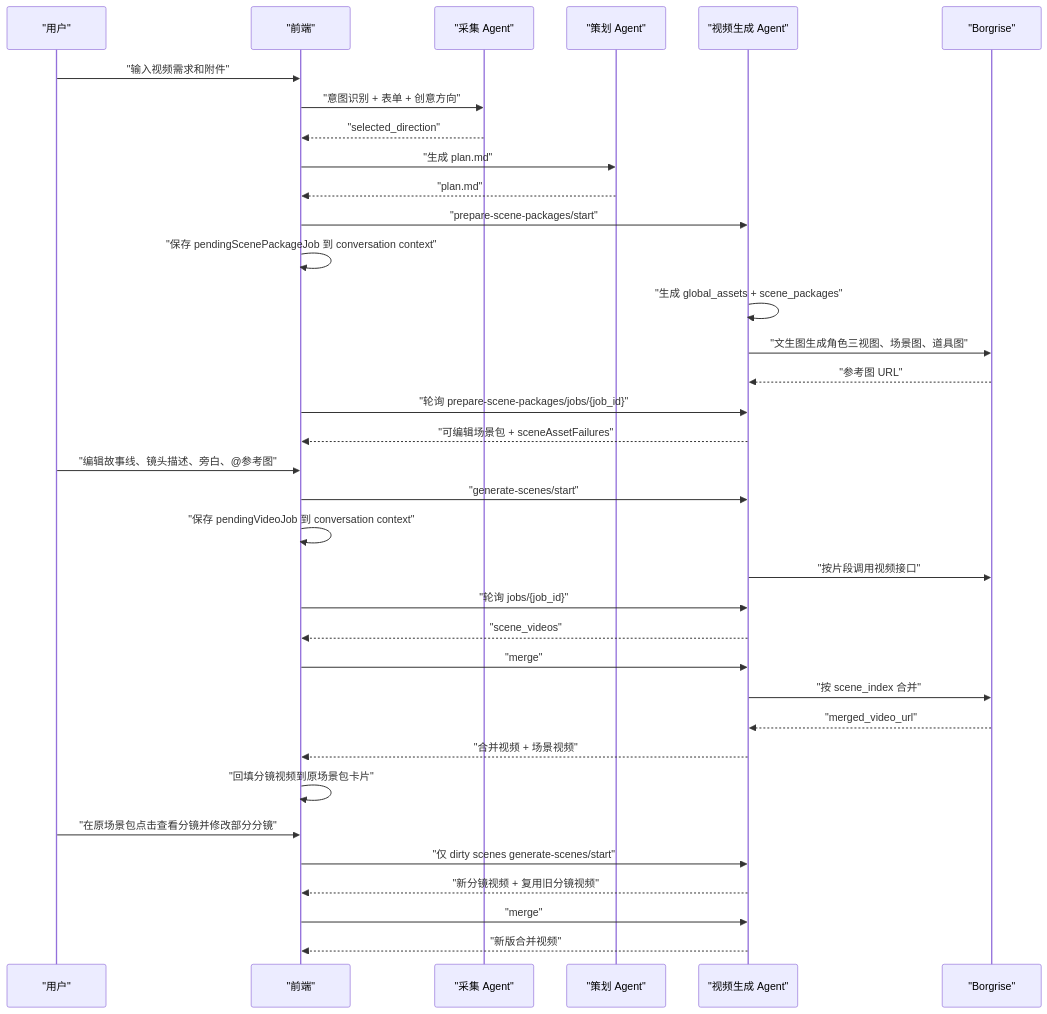
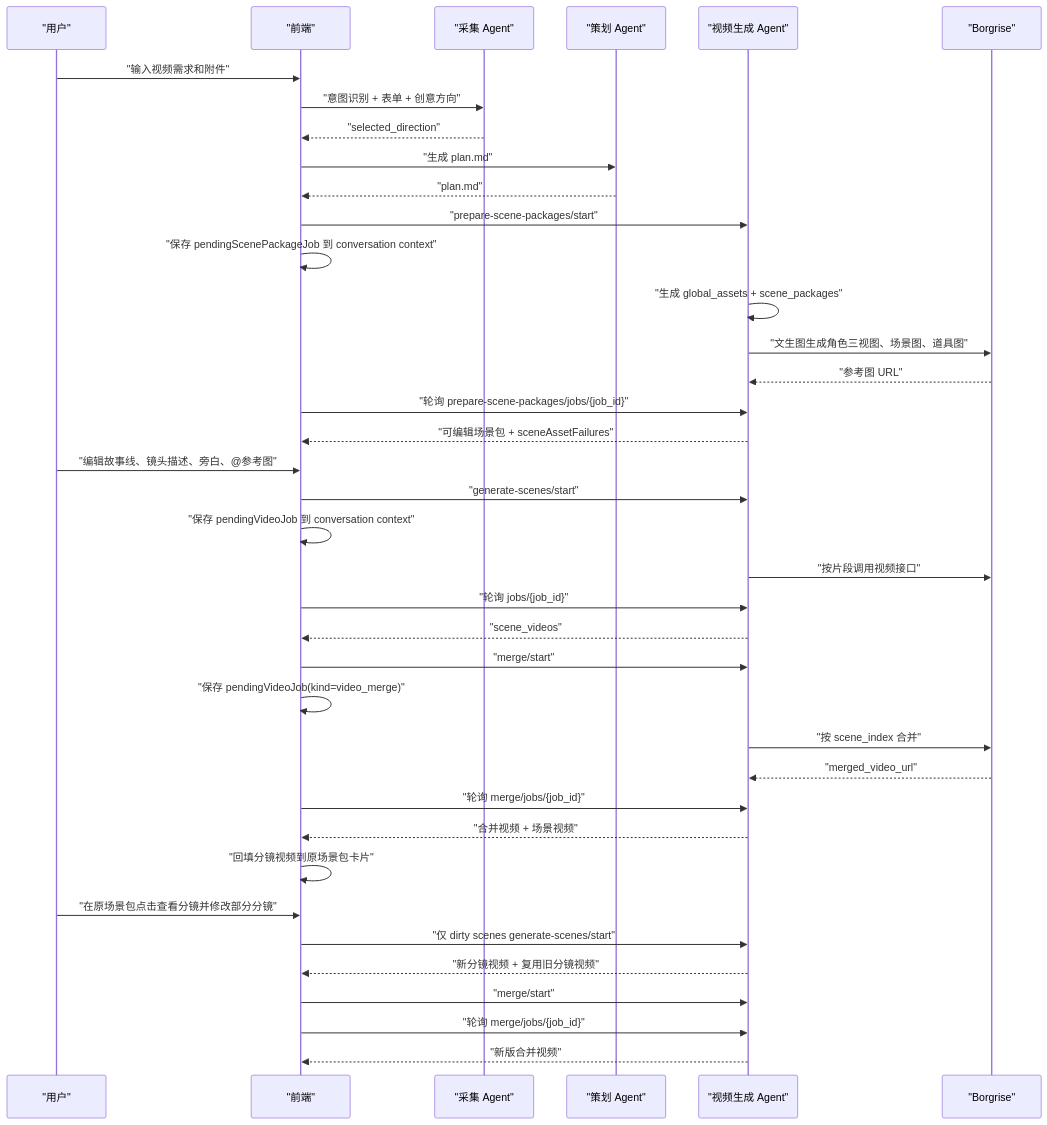
One commit to joyslxd/pixelflow changed the sixth of 7 diagrams in docs/pixelflow-agent-skill-flow-latest-design.md. Above: the diagram before and after it, drawn with Mermaid. The commit also changed other lines of this file and 15 other files, not shown here.

````diff
--- a/docs/pixelflow-agent-skill-flow-latest-design.md
+++ b/docs/pixelflow-agent-skill-flow-latest-design.md
@@ -454,37 +454,40 @@
 ```mermaid
 sequenceDiagram
   participant U as "用户"
   participant FE as "前端"
   participant IA as "采集 Agent"
   participant PA as "策划 Agent"
   participant VA as "视频生成 Agent"
   participant BG as "Borgrise"
   U->>FE: "输入视频需求和附件"
   FE->>IA: "意图识别 + 表单 + 创意方向"
   IA-->>FE: "selected_direction"
   FE->>PA: "生成 plan.md"
   PA-->>FE: "plan.md"
   FE->>VA: "prepare-scene-packages/start"
   FE->>FE: "保存 pendingScenePackageJob 到 conversation context"
   VA->>VA: "生成 global_assets + scene_packages"
   VA->>BG: "文生图生成角色三视图、场景图、道具图"
   BG-->>VA: "参考图 URL"
   FE->>VA: "轮询 prepare-scene-packages/jobs/{job_id}"
   VA-->>FE: "可编辑场景包 + sceneAssetFailures"
   U->>FE: "编辑故事线、镜头描述、旁白、@参考图"
   FE->>VA: "generate-scenes/start"
   FE->>FE: "保存 pendingVideoJob 到 conversation context"
   VA->>BG: "按片段调用视频接口"
   FE->>VA: "轮询 jobs/{job_id}"
   VA-->>FE: "scene_videos"
-  FE->>VA: "merge"
+  FE->>VA: "merge/start"
+  FE->>FE: "保存 pendingVideoJob(kind=video_merge)"
   VA->>BG: "按 scene_index 合并"
   BG-->>VA: "merged_video_url"
+  FE->>VA: "轮询 merge/jobs/{job_id}"
   VA-->>FE: "合并视频 + 场景视频"
   FE->>FE: "回填分镜视频到原场景包卡片"
   U->>FE: "在原场景包点击查看分镜并修改部分分镜"
   FE->>VA: "仅 dirty scenes generate-scenes/start"
   VA-->>FE: "新分镜视频 + 复用旧分镜视频"
-  FE->>VA: "merge"
+  FE->>VA: "merge/start"
+  FE->>VA: "轮询 merge/jobs/{job_id}"
   VA-->>FE: "新版合并视频"
 ```
````
